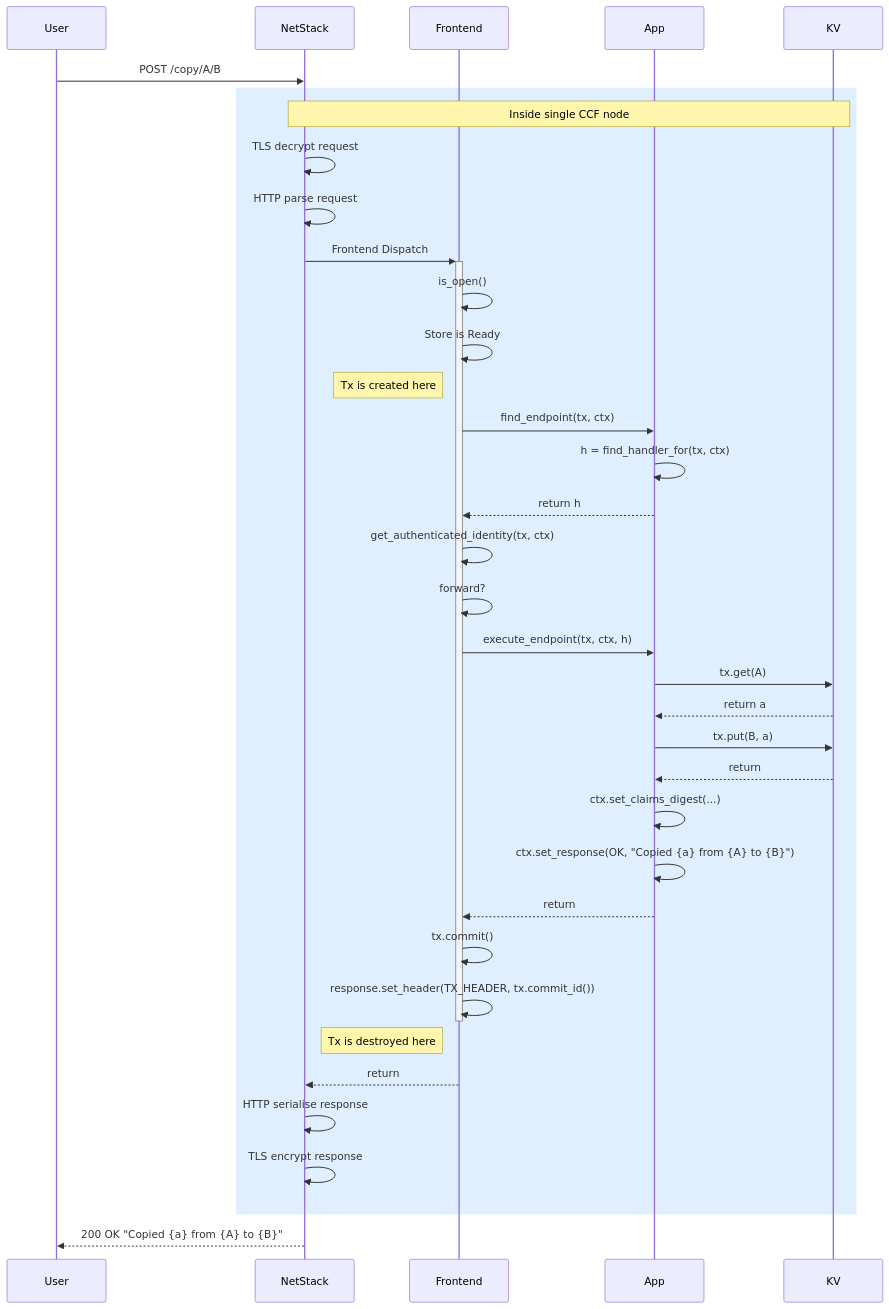
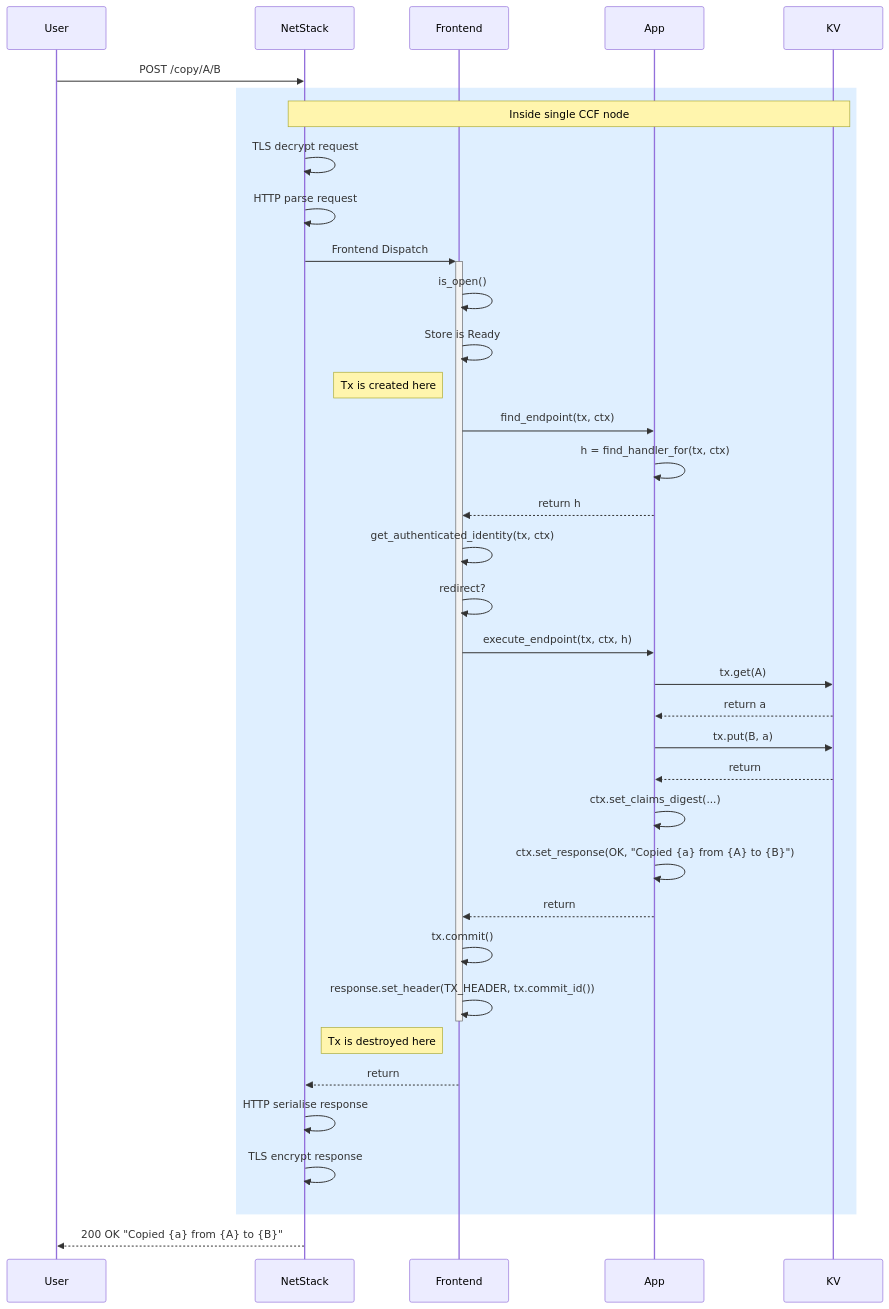
Before and after one commit to microsoft/CCF: the first of 3 diagrams in doc/architecture/request_flow.rst, drawn with Mermaid. The commit also changed other lines of this file and 82 other files, not shown here.

```diff
--- a/doc/architecture/request_flow.rst
+++ b/doc/architecture/request_flow.rst
@@ -15,41 +15,41 @@
 .. mermaid::
 
   sequenceDiagram
       participant User
       participant NetStack
       participant Frontend
       participant App
       participant KV
 
       User->>NetStack: POST /copy/A/B
 
       rect rgba(191, 223, 255, 0.5)
       note over NetStack,KV: Inside single CCF node
       NetStack->>NetStack: TLS decrypt request
       NetStack->>NetStack: HTTP parse request
       NetStack->>+Frontend: Frontend Dispatch
       Frontend->>Frontend: is_open()
       Frontend->>Frontend: Store is Ready
       note left of Frontend: Tx is created here
       Frontend->>App: find_endpoint(tx, ctx)
       App->>App: h = find_handler_for(tx, ctx)
       App-->>Frontend: return h
       Frontend->>Frontend: get_authenticated_identity(tx, ctx)
-      Frontend->>Frontend: forward?
+      Frontend->>Frontend: redirect?
       Frontend->>App: execute_endpoint(tx, ctx, h)
       App->>KV: tx.get(A)
       KV-->>App: return a
       App->>KV: tx.put(B, a)
       KV-->>App: return
       App->>App: ctx.set_claims_digest(...)
       App->>App: ctx.set_response(OK, "Copied {a} from {A} to {B}")
       App-->>Frontend: return
       Frontend->>Frontend: tx.commit()
       Frontend->>-Frontend: response.set_header(TX_HEADER, tx.commit_id())
       note left of Frontend: Tx is destroyed here
       Frontend-->>NetStack: return
       NetStack->>NetStack: HTTP serialise response
       NetStack->>NetStack: TLS encrypt response
       end
 
       NetStack-->>User: 200 OK "Copied {a} from {A} to {B}"
```
